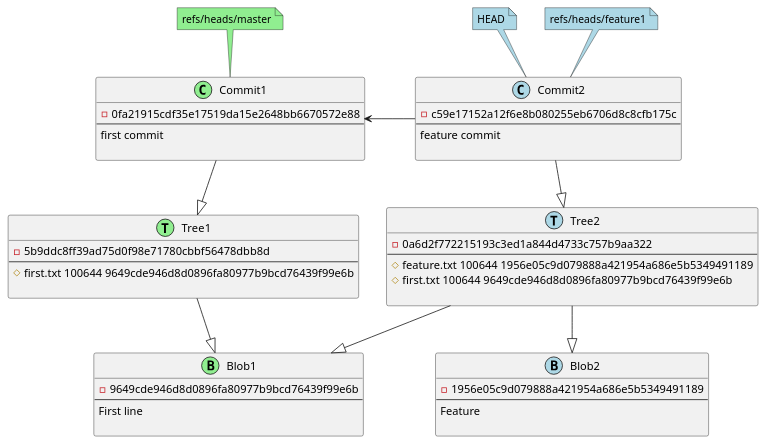
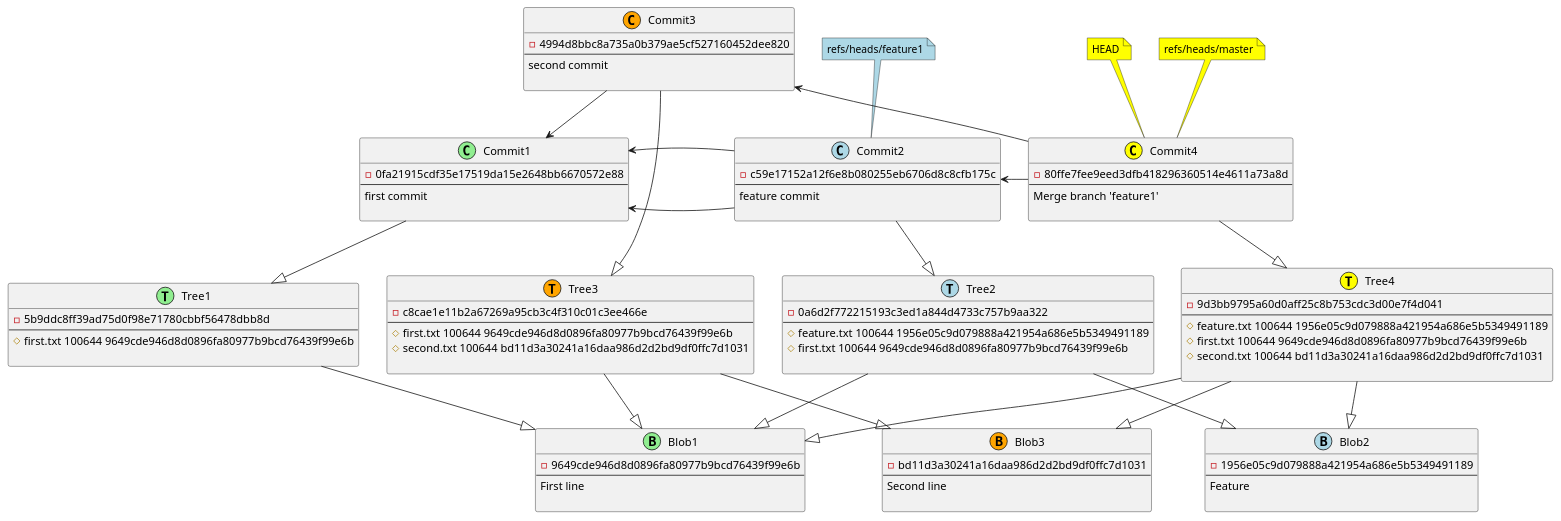
The diagram in out/production/resources/diagram.adoc (tsypuk/git2plantuml), drawn with PlantUML before and after one commit. The commit also changed 7 other files, not shown here.

```diff
--- a/out/production/resources/diagram.adoc
+++ b/out/production/resources/diagram.adoc
@@ -1,6 +1,18 @@
 [plantuml, commit,png, title=commit action, width=1000, height=1000]
 ....
 
+class Commit4 <<(C,yellow)>> {
+-80ffe7fee9eed3dfb418296360514e4611a73a8d
+--
+Merge branch 'feature1'
+
+}
+class Commit3 <<(C,orange)>> {
+-4994d8bbc8a735a0b379ae5cf527160452dee820
+--
+second commit
+
+}
 class Commit2 <<(C,lightblue)>> {
 -c59e17152a12f6e8b080255eb6706d8c8cfb175c
 --
@@ -11,6 +23,21 @@
 -0fa21915cdf35e17519da15e2648bb6670572e88
 --
 first commit
+
+}
+class Tree4 <<(T,yellow)>> {
+-9d3bb9795a60d0aff25c8b753cdc3d00e7f4d041
+--
+# feature.txt 100644 1956e05c9d079888a421954a686e5b5349491189
+# first.txt 100644 9649cde946d8d0896fa80977b9bcd76439f99e6b
+# second.txt 100644 bd11d3a30241a16daa986d2d2bd9df0ffc7d1031
+
+}
+class Tree3 <<(T,orange)>> {
+-c8cae1e11b2a67269a95cb3c4f310c01c3ee466e
+--
+# first.txt 100644 9649cde946d8d0896fa80977b9bcd76439f99e6b
+# second.txt 100644 bd11d3a30241a16daa986d2d2bd9df0ffc7d1031
 
 }
 class Tree2 <<(T,lightblue)>> {
@@ -38,14 +65,31 @@
 First line
 
 }
+class Blob3 <<(B,orange)>> {
+-bd11d3a30241a16daa986d2d2bd9df0ffc7d1031
+--
+Second line
+
+}
+Commit4 --|> Tree4
+Commit3 --|> Tree3
 Commit2 --|> Tree2
 Commit1 --|> Tree1
+Tree4 --|> Blob2
+Tree4 --|> Blob1
+Tree4 --|> Blob3
+Tree3 --|> Blob1
+Tree3 --|> Blob3
 Tree2 --|> Blob2
 Tree2 --|> Blob1
 Tree1 --|> Blob1
+Commit4 -l-> Commit3
+Commit4 -l-> Commit2
 Commit2 -l-> Commit1
-note top of Commit2 #lightblue : HEAD
+Commit2 -l-> Commit1
+Commit3 -d-> Commit1
+note top of Commit4 #yellow : HEAD
 note top of Commit2 #lightblue : refs/heads/feature1
-note top of Commit1 #lightgreen : refs/heads/master
+note top of Commit4 #yellow : refs/heads/master
 
 ....
```
